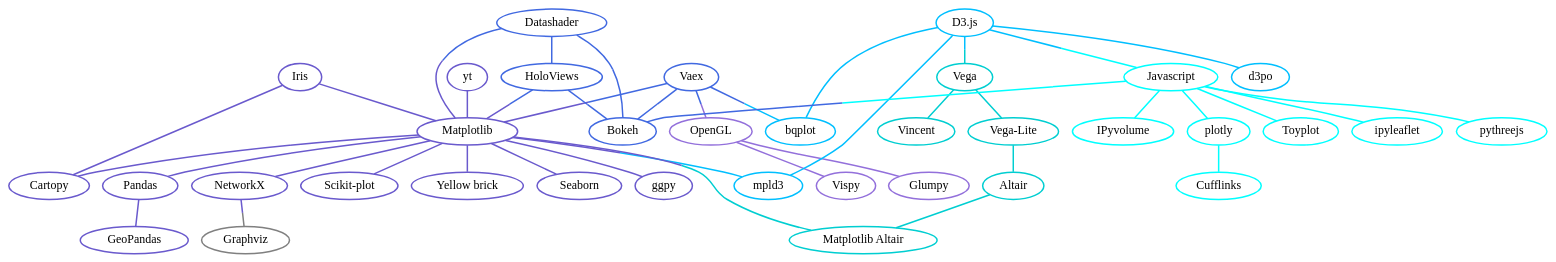
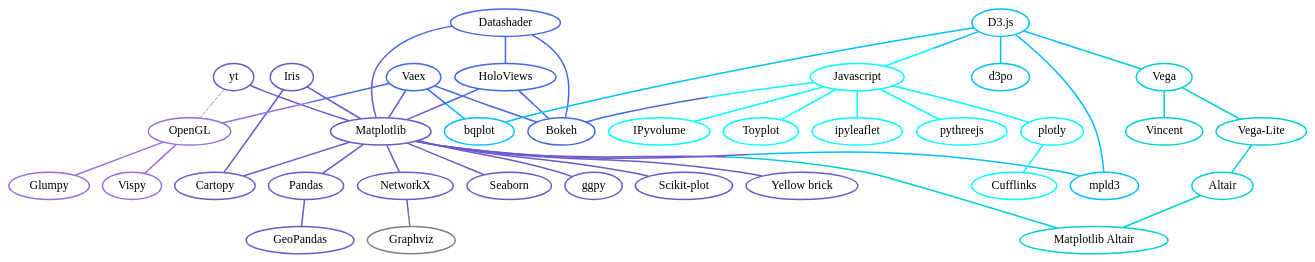
One commit to veit/jupyter-tutorial changed the diagram in docs/viz/index.rst. Above: the diagram before and after it, drawn with Graphviz. The commit also changed 1 other file, not shown here.

Commit message:
Add opengl support for yt

```diff
--- a/docs/viz/index.rst
+++ b/docs/viz/index.rst
@@ -117,6 +117,7 @@
         iris -- mpl [color="slateblue"]
         iris -- cartopy [color="slateblue"]
         yt -- mpl [color="slateblue"]
+        yt -- opengl [color="slateblue;0.5:mediumpurple", style="dashed"]
         mpl -- mpld3 [color="slateblue;0.5:deepskyblue"]
         mpl -- mpl_altair [color="slateblue;0.5:darkturquoise"]
 
```
